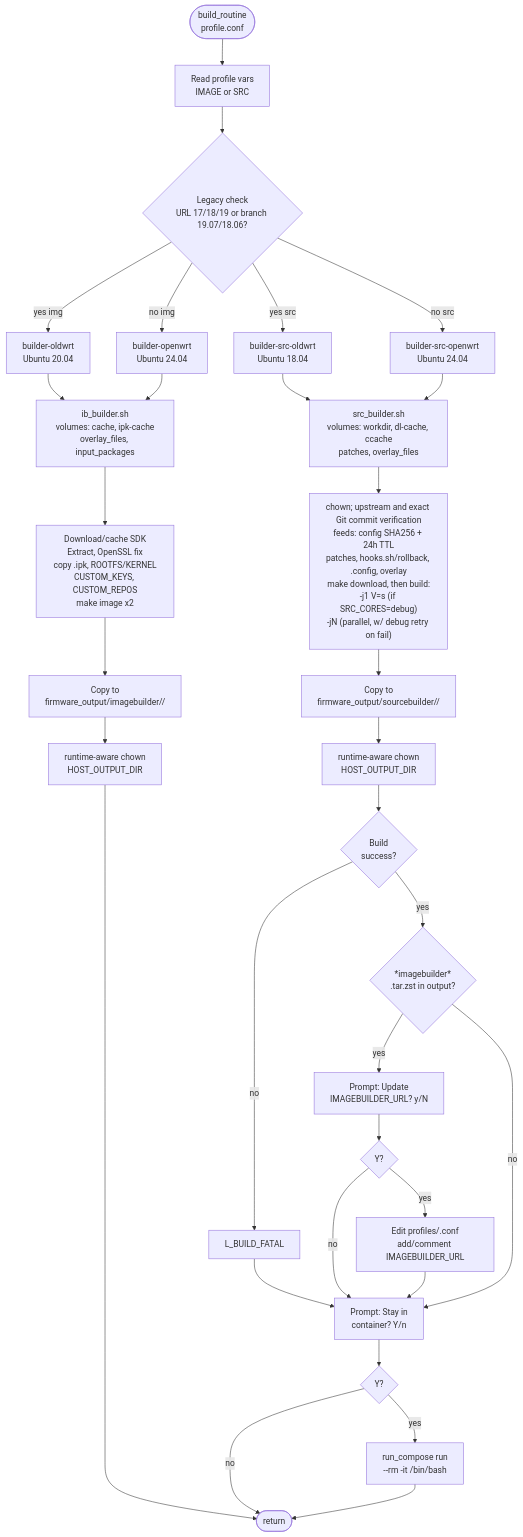
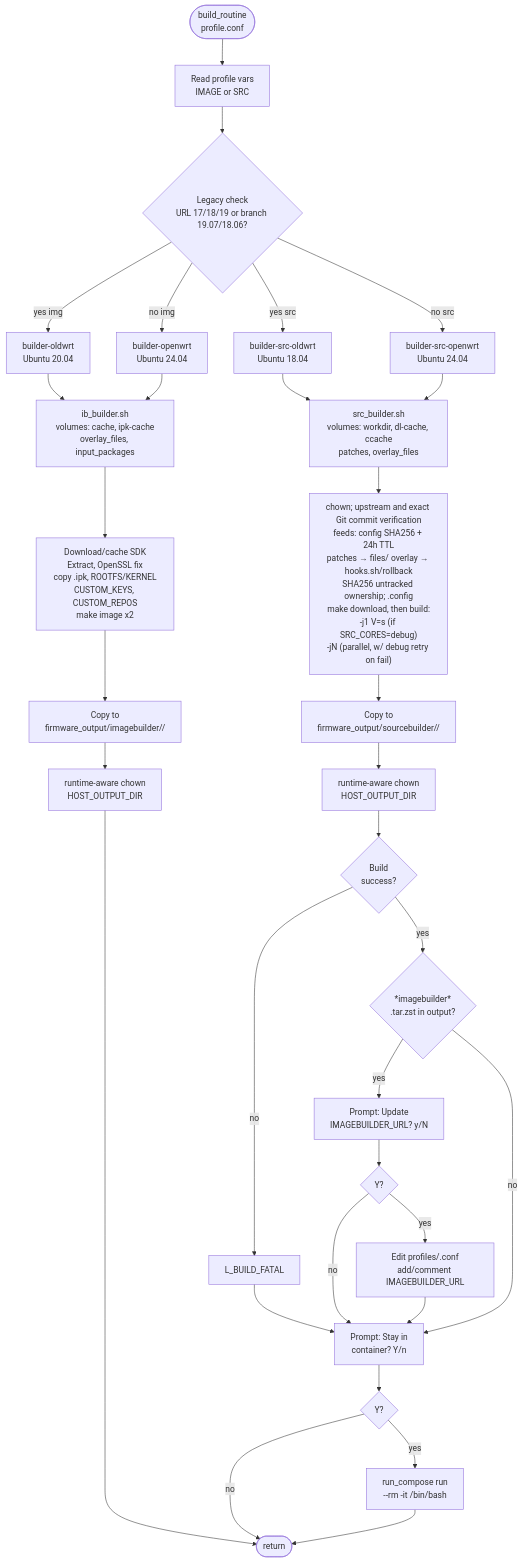
One commit to iqubik/routerFW changed the sixth of 8 diagrams in docs/ARCHITECTURE_diagram_en.md. Above: the diagram before and after it, drawn with Mermaid. The commit also changed other lines of this file and 12 other files, not shown here.

````diff
--- a/docs/ARCHITECTURE_diagram_en.md
+++ b/docs/ARCHITECTURE_diagram_en.md
@@ -220,35 +220,36 @@
 ```mermaid
 flowchart TD
     BR([build_routine\nprofile.conf])
     BR --> READ_PROFILE["Read profile vars\nIMAGE or SRC"]
     READ_PROFILE --> LEGACY{"Legacy check\nURL 17/18/19 or branch 19.07/18.06?"}
     LEGACY --> |yes img| OLD_IMG["builder-oldwrt\nUbuntu 20.04"]
     LEGACY --> |no img| NEW_IMG["builder-openwrt\nUbuntu 24.04"]
     LEGACY --> |yes src| OLD_SRC["builder-src-oldwrt\nUbuntu 18.04"]
     LEGACY --> |no src| NEW_SRC["builder-src-openwrt\nUbuntu 24.04"]
 
     OLD_IMG & NEW_IMG --> IB["ib_builder.sh\nvolumes: cache, ipk-cache\noverlay_files, input_packages"]
     IB --> IB_STEPS["Download/cache SDK\nExtract, OpenSSL fix\ncopy .ipk, ROOTFS/KERNEL\nCUSTOM_KEYS, CUSTOM_REPOS\nmake image x2"]
     IB_STEPS --> IB_OUT["Copy to\nfirmware_output/imagebuilder/<id>/<ts>"]
     IB_OUT --> IB_CHOWN["runtime-aware chown\nHOST_OUTPUT_DIR"]
     IB_CHOWN --> BR_END([return])
 
     OLD_SRC & NEW_SRC --> SB["src_builder.sh\nvolumes: workdir, dl-cache, ccache\npatches, overlay_files"]
-    SB --> SB_STEPS["chown; upstream and exact Git commit verification\nfeeds: config SHA256 + 24h TTL\npatches, hooks.sh/rollback, .config, overlay\nmake download, then build:\n-j1 V=s (if SRC_CORES=debug)\n-jN (parallel, w/ debug retry on fail)"]
+    SB --> SB_STEPS["chown; upstream and exact Git commit verification\nfeeds: config SHA256 + 24h TTL\npatches → files/ overlay → hooks.sh/rollback
+SHA256 untracked ownership; .config\nmake download, then build:\n-j1 V=s (if SRC_CORES=debug)\n-jN (parallel, w/ debug retry on fail)"]
     SB_STEPS --> SB_OUT["Copy to\nfirmware_output/sourcebuilder/<id>/<ts>"]
     SB_OUT --> SB_CHOWN["runtime-aware chown\nHOST_OUTPUT_DIR"]
     SB_CHOWN --> SB_OK{"Build\nsuccess?"}
     SB_OK --> |no| SB_FATAL["L_BUILD_FATAL"]
     SB_FATAL --> SB_SHELL_Q2
     SB_OK --> |yes| IB_TAR{"*imagebuilder*\n.tar.zst in output?"}
     IB_TAR --> |yes| SB_Q1["Prompt: Update\nIMAGEBUILDER_URL? y/N"]
     SB_Q1 --> SB_UPDATE{"Y?"}
     SB_UPDATE --> |yes| SB_WRITE["Edit profiles/<id>.conf\nadd/comment IMAGEBUILDER_URL"]
     SB_UPDATE --> |no| SB_SHELL_Q2
     SB_WRITE --> SB_SHELL_Q2["Prompt: Stay in\ncontainer? Y/n"]
     IB_TAR --> |no| SB_SHELL_Q2
     SB_SHELL_Q2 --> SB_STAY{"Y?"}
     SB_STAY --> |yes| SB_RUN["run_compose run\n--rm -it /bin/bash"]
     SB_STAY --> |no| BR_END
     SB_RUN --> BR_END
 ```
````
